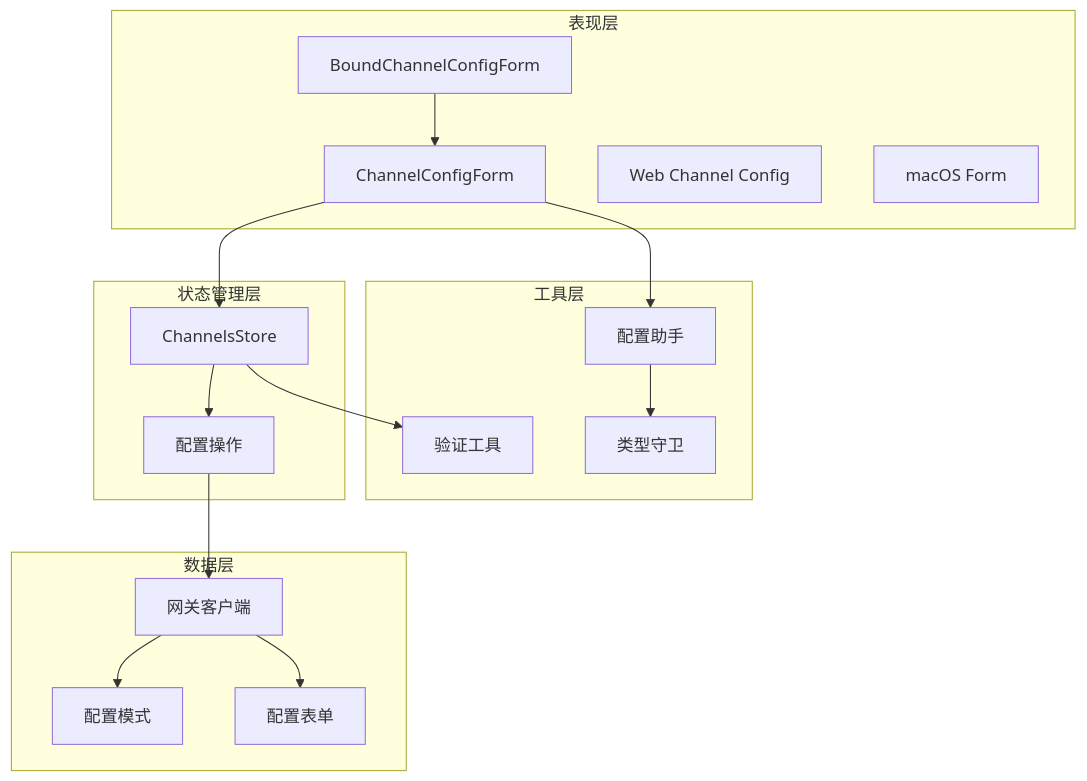
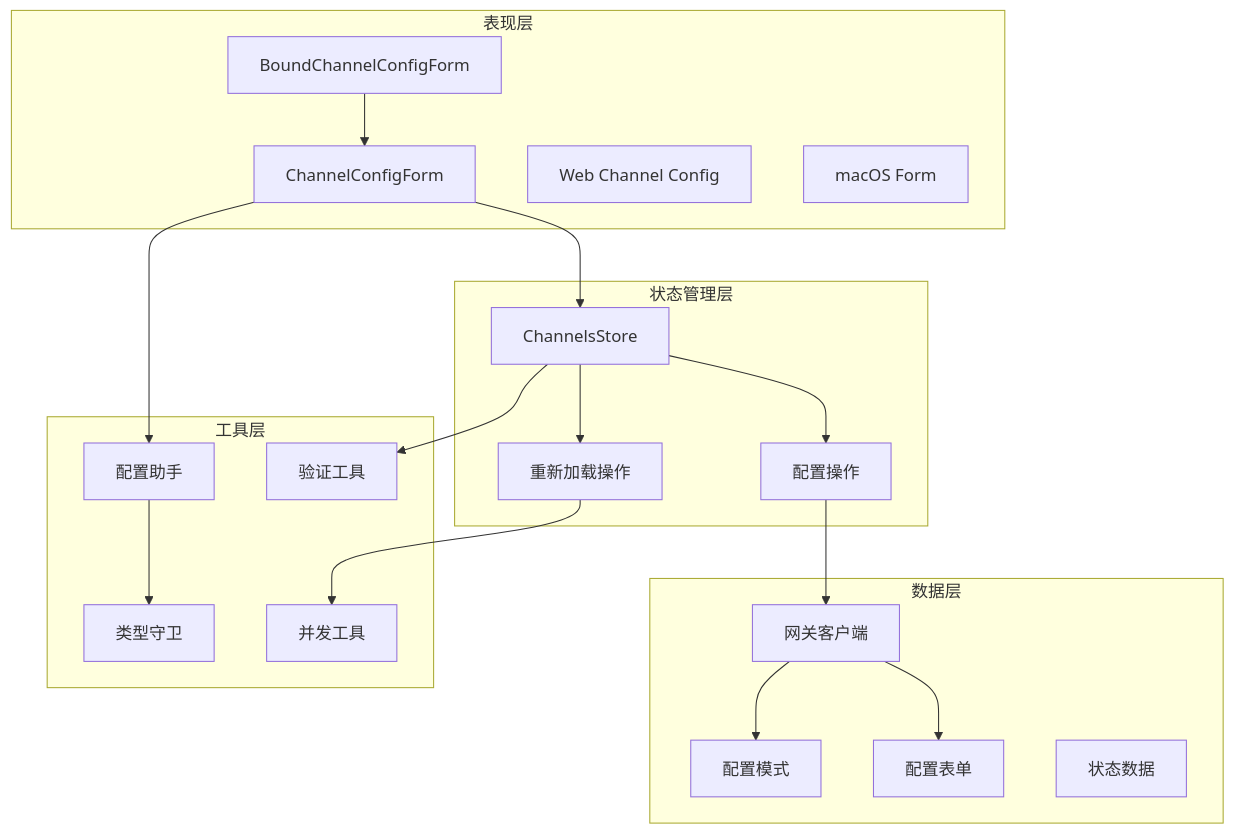
Before and after one commit to verse-ai-org/openclaw: the eighth of 8 diagrams in .qoder/repowiki/zh/content/Web界面/UI组件系统/绑定通道配置表单.md, drawn with Mermaid. The commit also changed other lines of this file and 86 other files, not shown here.

````diff
--- a/.qoder/repowiki/zh/content/Web界面/UI组件系统/绑定通道配置表单.md
+++ b/.qoder/repowiki/zh/content/Web界面/UI组件系统/绑定通道配置表单.md
@@ -354,32 +378,37 @@
 ```mermaid
 graph TB
 subgraph "表现层"
 BoundForm[BoundChannelConfigForm]
 ChannelForm[ChannelConfigForm]
 WebForm[Web Channel Config]
 MacForm[macOS Form]
 end
 subgraph "状态管理层"
 ChannelsStore[ChannelsStore]
 ConfigActions[配置操作]
+ReloadActions[重新加载操作]
 end
 subgraph "数据层"
 GatewayClient[网关客户端]
 ConfigSchema[配置模式]
 ConfigForm[配置表单]
+StatusData[状态数据]
 end
 subgraph "工具层"
 ConfigHelpers[配置助手]
 ValidationUtils[验证工具]
 TypeGuards[类型守卫]
+ConcurrencyUtils[并发工具]
 end
 BoundForm --> ChannelForm
 ChannelForm --> ChannelsStore
 ChannelsStore --> ConfigActions
 ConfigActions --> GatewayClient
 GatewayClient --> ConfigSchema
 GatewayClient --> ConfigForm
 ChannelForm --> ConfigHelpers
 ChannelsStore --> ValidationUtils
 ConfigHelpers --> TypeGuards
+ReloadActions --> ConcurrencyUtils
+ChannelsStore --> ReloadActions
 ```
````
